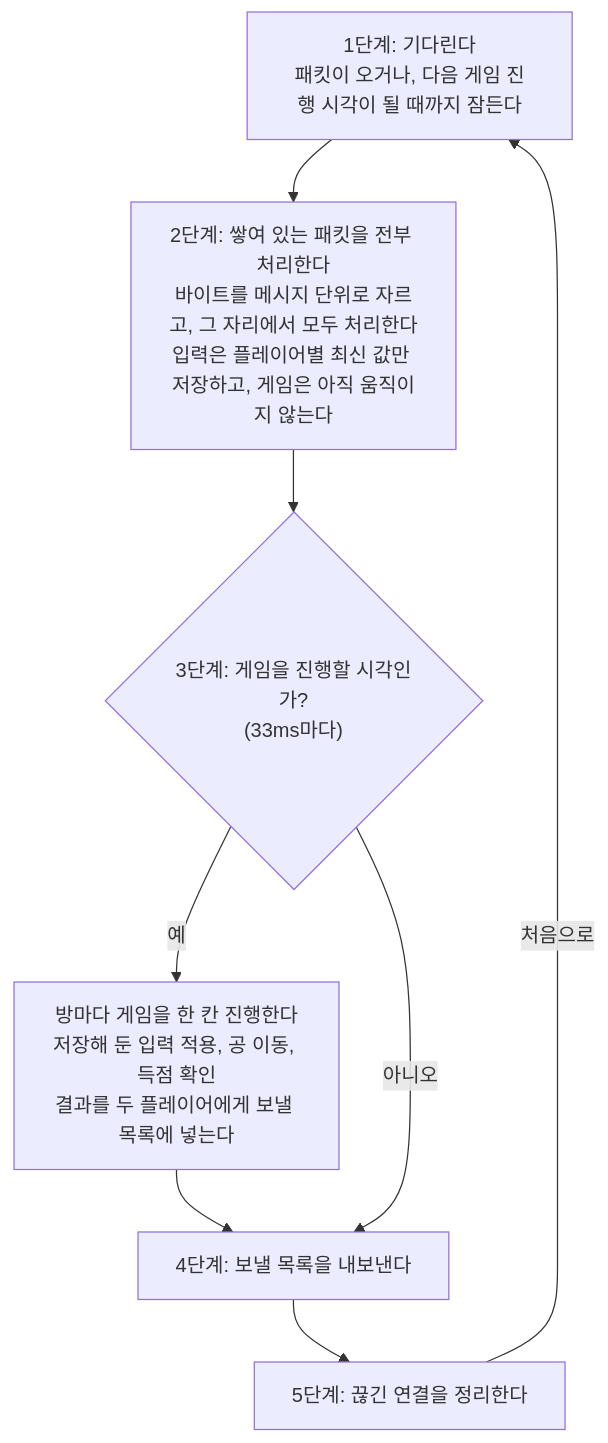
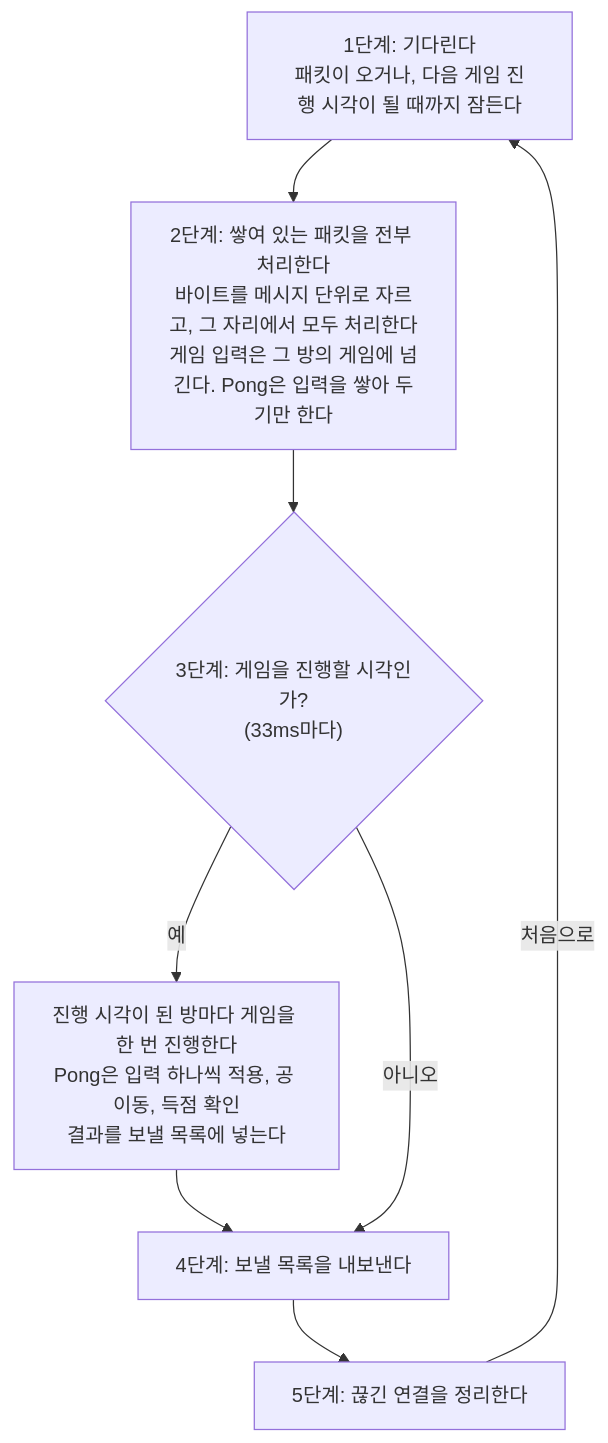
The second of 4 diagrams in docs/overview.md (JustForLabor/Relay-Server-Practice), drawn with Mermaid before and after one commit. The commit also changed other lines of this file and 4 other files, not shown here.

````diff
--- a/docs/overview.md
+++ b/docs/overview.md
@@ -104,14 +137,14 @@
 ```mermaid
 flowchart TB
     s1["1단계: 기다린다<br/>패킷이 오거나, 다음 게임 진행 시각이 될 때까지 잠든다"]
-    s2["2단계: 쌓여 있는 패킷을 전부 처리한다<br/>바이트를 메시지 단위로 자르고, 그 자리에서 모두 처리한다<br/>입력은 플레이어별 최신 값만 저장하고, 게임은 아직 움직이지 않는다"]
+    s2["2단계: 쌓여 있는 패킷을 전부 처리한다<br/>바이트를 메시지 단위로 자르고, 그 자리에서 모두 처리한다<br/>게임 입력은 그 방의 게임에 넘긴다. Pong은 입력을 쌓아 두기만 한다"]
     s3{"3단계: 게임을 진행할 시각인가?<br/>(33ms마다)"}
-    s4["방마다 게임을 한 칸 진행한다<br/>저장해 둔 입력 적용, 공 이동, 득점 확인<br/>결과를 두 플레이어에게 보낼 목록에 넣는다"]
+    s4["진행 시각이 된 방마다 게임을 한 번 진행한다<br/>Pong은 입력 하나씩 적용, 공 이동, 득점 확인<br/>결과를 보낼 목록에 넣는다"]
     s5["4단계: 보낼 목록을 내보낸다"]
     s6["5단계: 끊긴 연결을 정리한다"]
     s1 --> s2 --> s3
     s3 -->|예| s4 --> s5
     s3 -->|아니오| s5
     s5 --> s6
     s6 -->|처음으로| s1
 ```
````
